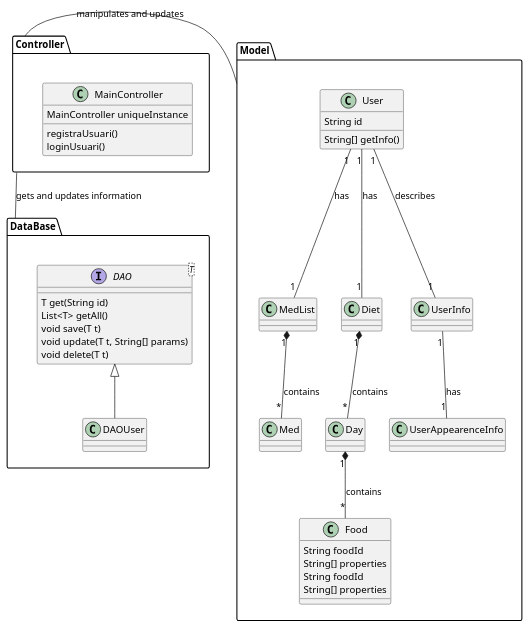
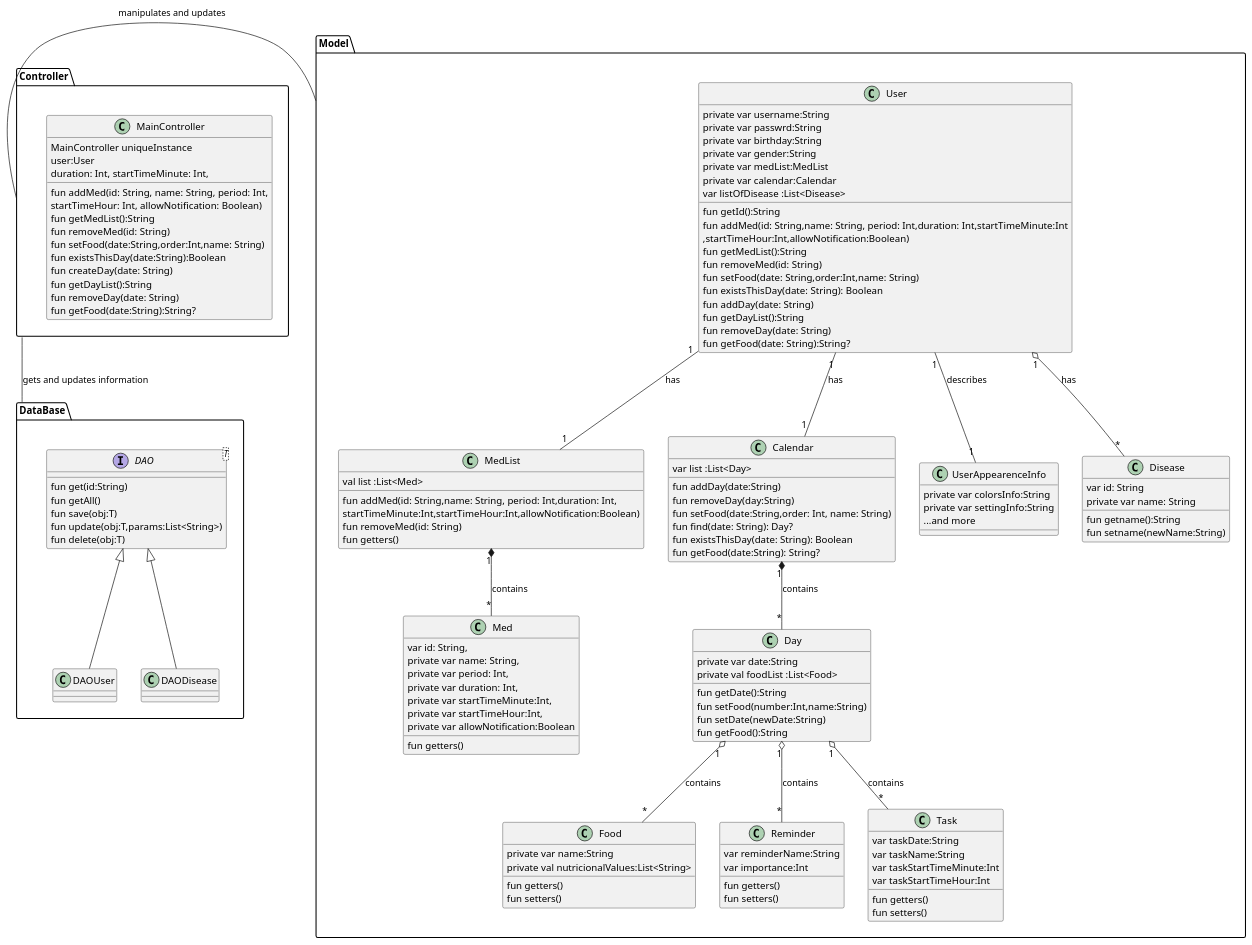
The diagram in app/Class.puml (angelmc1309/MedButler), drawn with PlantUML before and after one commit. The commit also changed 2 other files, not shown here.

```diff
--- a/app/Class.puml
+++ b/app/Class.puml
@@ -1,44 +1,144 @@
 @startuml
 
 
 
 Model.MedList "1"*--"*" Model.Med:"contains"
 Model.User "1"--"1" Model.MedList:"has"
-Model.User "1"--"1" Model.Diet:"has"
-Model.Diet "1"*--"*" Model.Day:"contains"
-Model.Day "1"*--"*" Model.Food:"contains"
-Model.User "1"--"1" Model.UserInfo:"describes"
+Model.User "1"--"1" Model.Calendar:"has"
+Model.Calendar "1"*--"*" Model.Day:"contains"
+Model.Day "1" o-- "*" Model.Food:"contains"
+Model.User "1"--"1" Model.UserAppearenceInfo:"describes"
 
 
-class Model.User{
-    String id
-    String[] getInfo()
-}
+
 Controller - Model:"manipulates and updates"
 Controller -- DataBase:"gets and updates information"
 package DataBase{}
 package Controller{}
-class Model.Food{
-    String foodId
-    String[] properties
-}
-class Model.Food{
-    String foodId
-    String[] properties
-}
-class Controller.MainController{
-MainController uniqueInstance
-registraUsuari()
-loginUsuari()
+
+Model.Day "1" o-- "*" Model.Reminder : "contains"
+Model.Day "1" o-- "*" Model.Task : "contains"
+Model.User "1" o-- "*" Model.Disease :"has"
+
+DataBase.DAO <|-- DataBase.DAOUser
+DataBase.DAO <|-- DataBase.DAODisease
+
+class Model.User{
+    private var username:String
+    private var passwrd:String
+    private var birthday:String
+    private var gender:String
+    private var medList:MedList
+    private var calendar:Calendar
+    var listOfDisease :List<Disease>
+    fun getId():String
+        fun addMed(id: String,name: String, period: Int,duration: Int,startTimeMinute:Int
+        ,startTimeHour:Int,allowNotification:Boolean)
+        fun getMedList():String
+        fun removeMed(id: String)
+        fun setFood(date: String,order:Int,name: String)
+        fun existsThisDay(date: String): Boolean
+        fun addDay(date: String)
+        fun getDayList():String
+        fun removeDay(date: String)
+        fun getFood(date: String):String?
 }
 interface DataBase.DAO<T>{
-T get(String id)
-List<T> getAll()
-void save(T t)
-void update(T t, String[] params)
-void delete(T t)
+       fun get(id:String)
+       fun getAll()
+       fun save(obj:T)
+       fun update(obj:T,params:List<String>)
+       fun delete(obj:T)
+
 }
-DataBase.DAO <|-- DataBase.DAOUser
-Model.UserInfo "1"--"1" Model.UserAppearenceInfo:"has"
 
+class Controller.MainController{
+    MainController uniqueInstance
+    user:User
+     fun addMed(id: String, name: String, period: Int,
+     duration: Int, startTimeMinute: Int,
+              startTimeHour: Int, allowNotification: Boolean)
+         fun getMedList():String
+         fun removeMed(id: String)
+         fun setFood(date:String,order:Int,name: String)
+         fun existsThisDay(date:String):Boolean
+         fun createDay(date: String)
+         fun getDayList():String
+         fun removeDay(date: String)
+         fun getFood(date:String):String?
+}
+class Model.MedList{
+    val list :List<Med>
+    fun addMed(id: String,name: String, period: Int,duration: Int,
+    startTimeMinute:Int,startTimeHour:Int,allowNotification:Boolean)
+        fun removeMed(id: String)
+    fun getters()
+
+}
+class Model.Med{
+    var id: String,
+    private var name: String,
+    private var period: Int,
+    private var duration: Int,
+    private var startTimeMinute:Int,
+    private var startTimeHour:Int,
+    private var allowNotification:Boolean
+    fun getters()
+}
+class Model.Calendar{
+    var list :List<Day>
+    fun addDay(date:String)
+    fun removeDay(day:String)
+    fun setFood(date:String,order: Int, name: String)
+    fun find(date: String): Day?
+    fun existsThisDay(date: String): Boolean
+    fun getFood(date:String): String?
+}
+
+class Model.Day{
+    private var date:String
+    private val foodList :List<Food>
+
+    fun getDate():String
+    fun setFood(number:Int,name:String)
+    fun setDate(newDate:String)
+    fun getFood():String
+}
+
+class Model.Food{
+     private var name:String
+     private val nutricionalValues:List<String>
+     fun getters()
+     fun setters()
+}
+class Model.UserAppearenceInfo{
+    private var colorsInfo:String
+    private var settingInfo:String
+    ...and more
+}
+
+class Model.Disease{
+
+    var id: String
+    private var name: String
+    fun getname():String
+    fun setname(newName:String)
+}
+
+
+class Model.Reminder{
+ var reminderName:String
+ var importance:Int
+ fun getters()
+      fun setters()
+}
+
+class Model.Task{
+     var taskDate:String
+     var taskName:String
+    var taskStartTimeMinute:Int
+   var taskStartTimeHour:Int
+   fun getters()
+        fun setters()
+}
 @enduml
```
